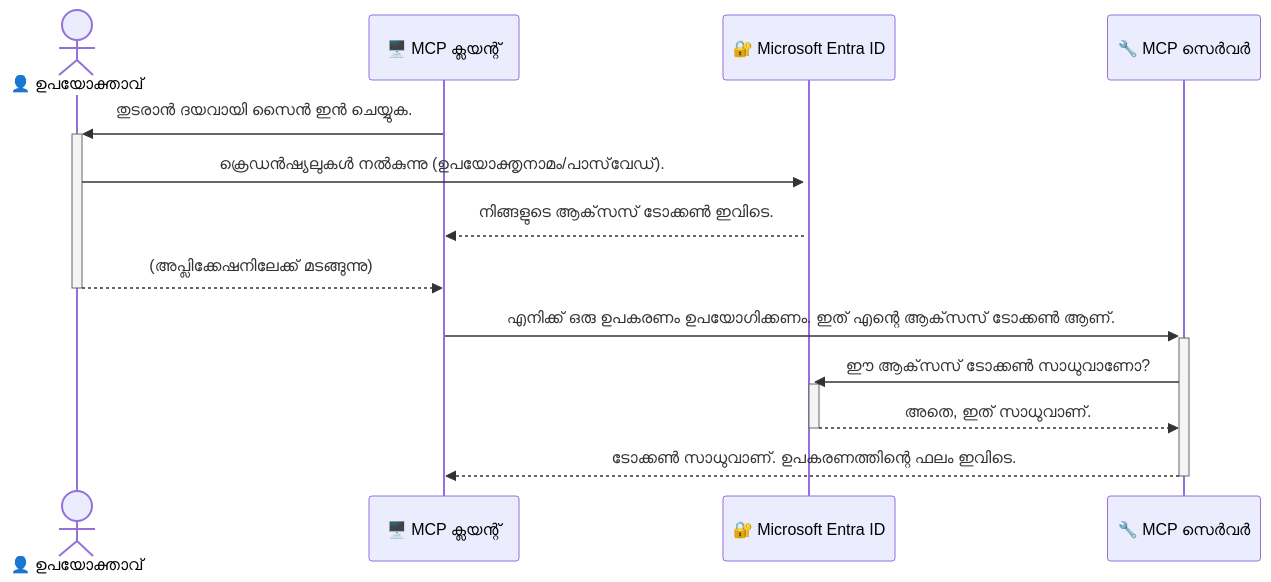
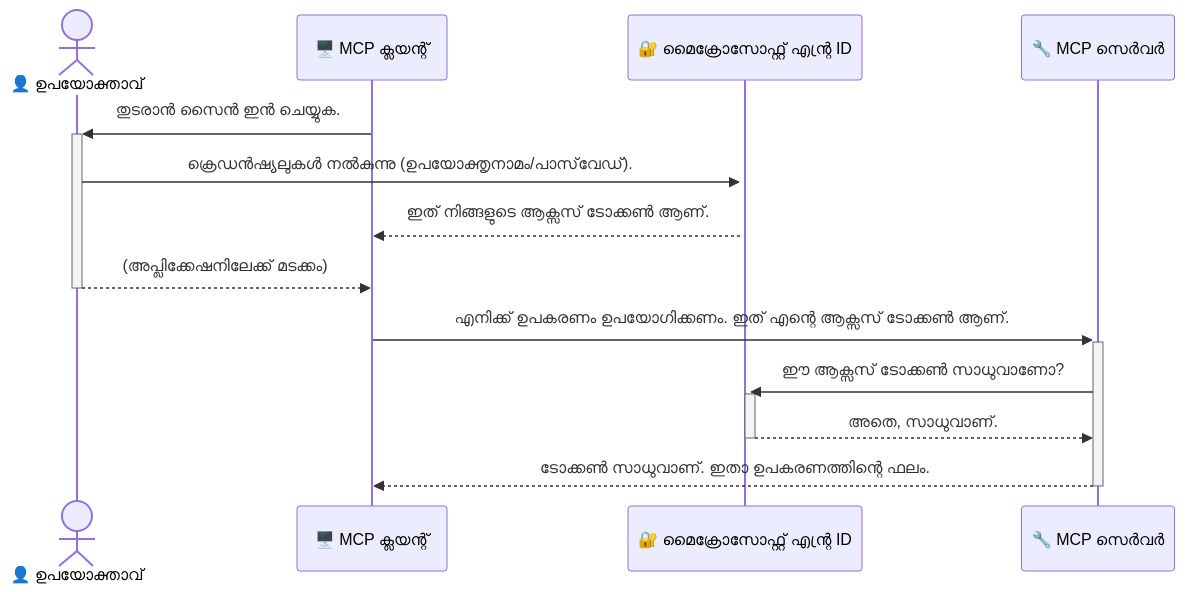
Before and after one commit to HIDORAKAI002/ai-workspace-archive: the diagram in mcp_ecosystem__model_context_protocol/mcp_learning_resources/mcp-for-beginners/translations/ml/05-AdvancedTopics/mcp-security-entra/README.md, drawn with Mermaid. The commit also changed other lines of this file and 1539 other files, not shown here.

````diff
--- a/mcp_ecosystem__model_context_protocol/mcp_learning_resources/mcp-for-beginners/translations/ml/05-AdvancedTopics/mcp-security-entra/README.md
+++ b/mcp_ecosystem__model_context_protocol/mcp_learning_resources/mcp-for-beginners/translations/ml/05-AdvancedTopics/mcp-security-entra/README.md
@@ -61,17 +61,17 @@
 ```mermaid
 sequenceDiagram
     actor User as 👤 ഉപയോക്താവ്
     participant Client as 🖥️ MCP ക്ലയന്റ്
-    participant Entra as 🔐 Microsoft Entra ID
+    participant Entra as 🔐 മൈക്രോസോഫ്റ്റ് എന്റ്ര ID
     participant Server as 🔧 MCP സെർവർ
 
-    Client->>+User: തുടരാൻ ദയവായി സൈൻ ഇൻ ചെയ്യുക.
+    Client->>+User: തുടരാൻ സൈൻ ഇൻ ചെയ്യുക.
     User->>+Entra: ക്രെഡൻഷ്യലുകൾ നൽകുന്നു (ഉപയോക്തൃനാമം/പാസ്‌വേഡ്).
-    Entra-->>Client: നിങ്ങളുടെ ആക്‌സസ് ടോക്കൺ ഇവിടെ.
-    User-->>-Client: (അപ്ലിക്കേഷനിലേക്ക് മടങ്ങുന്നു)
+    Entra-->>Client: ഇത് നിങ്ങളുടെ ആക്സസ് ടോക്കൺ ആണ്.
+    User-->>-Client: (അപ്ലിക്കേഷനിലേക്ക് മടക്കം)
 
-    Client->>+Server: എനിക്ക് ഒരു ഉപകരണം ഉപയോഗിക്കണം. ഇത് എന്റെ ആക്‌സസ് ടോക്കൺ ആണ്.
-    Server->>+Entra: ഈ ആക്‌സസ് ടോക്കൺ സാധുവാണോ?
-    Entra-->>-Server: അതെ, ഇത് സാധുവാണ്.
-    Server-->>-Client: ടോക്കൺ സാധുവാണ്. ഉപകരണത്തിന്റെ ഫലം ഇവിടെ.
+    Client->>+Server: എനിക്ക് ഉപകരണം ഉപയോഗിക്കണം. ഇത് എന്റെ ആക്സസ് ടോക്കൺ ആണ്.
+    Server->>+Entra: ഈ ആക്സസ് ടോക്കൺ സാധുവാണോ?
+    Entra-->>-Server: അതെ, സാധുവാണ്.
+    Server-->>-Client: ടോക്കൺ സാധുവാണ്. ഇതാ ഉപകരണത്തിന്റെ ഫലം.
 ```
````
